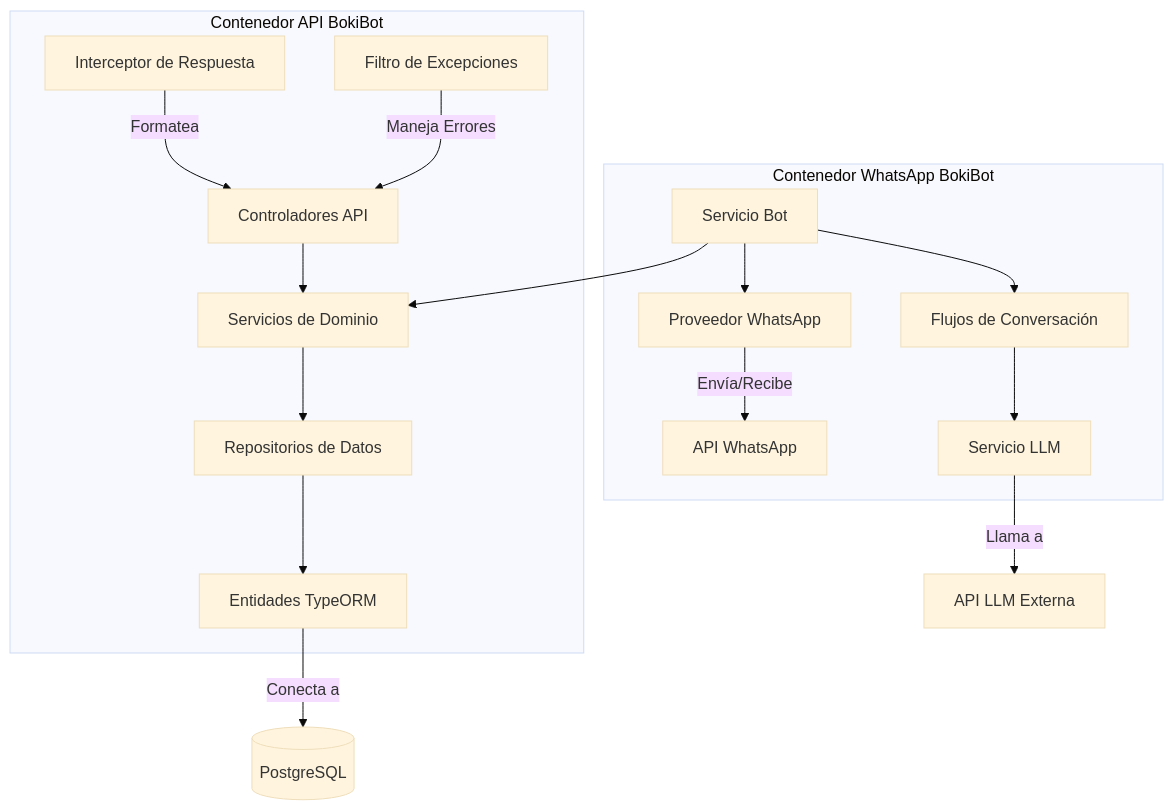
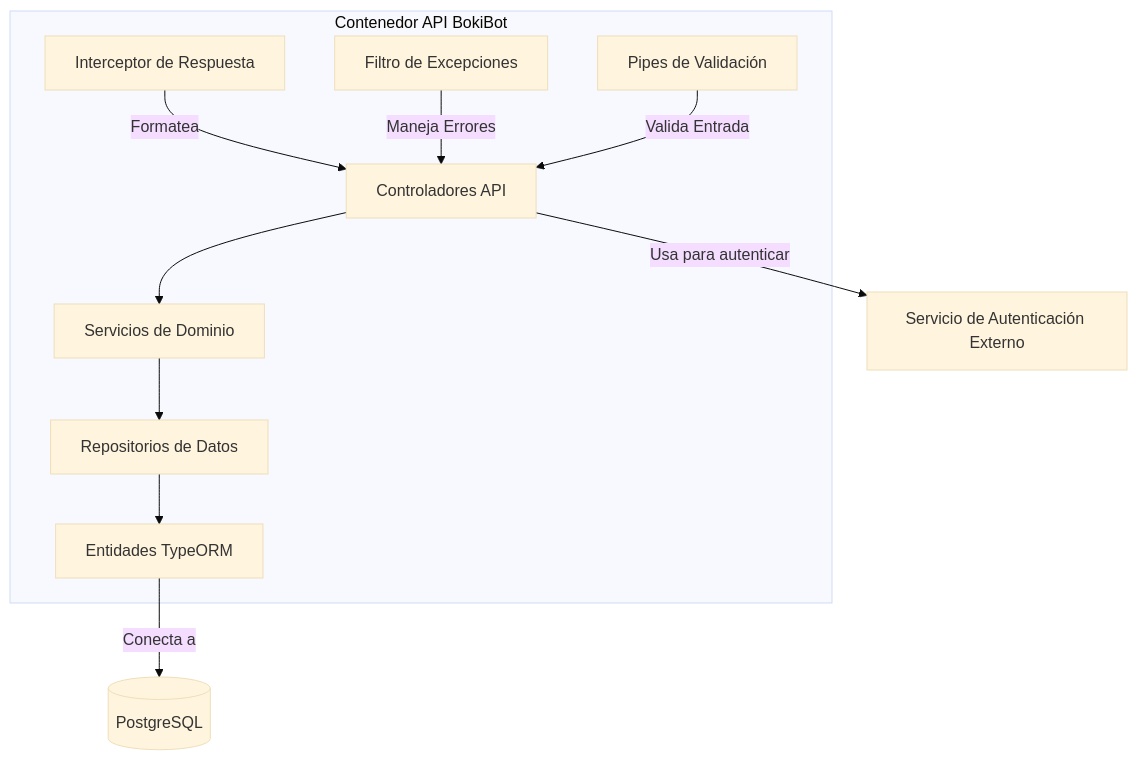
Before and after one commit to camilocalderont/boki-api: the second of 3 diagrams in README.md, drawn with Mermaid (base theme). The commit also changed other lines of this file, not shown here.

Commit message:
docs: actualizar README.md para reflejar cambios en la arquitectura de BokiBot API, incluyendo nuevos diagramas y detalles sobre la interacción con el frontend y servicios externos.

````diff
--- a/README.md
+++ b/README.md
@@ -26,21 +20,15 @@
 ```mermaid
 graph TD
     subgraph "Contenedor API BokiBot"
         Controllers[Controladores API] --> Services[Servicios de Dominio]
         Services --> Repositories[Repositorios de Datos]
         Interceptors[Interceptor de Respuesta] -->|Formatea| Controllers
         ExceptionFilter[Filtro de Excepciones] -->|Maneja Errores| Controllers
+        Pipes[Pipes de Validación] -->|Valida Entrada| Controllers
         Repositories --> DBAccess[Entidades TypeORM]
     end
 
-    subgraph "Contenedor WhatsApp BokiBot"
-        BotService[Servicio Bot] --> FlowTemplates[Flujos de Conversación]
-        BotService --> Provider[Proveedor WhatsApp]
-        BotService --> Services
-        Provider -->|Envía/Recibe| WhatsApp[API WhatsApp]
-        FlowTemplates --> LLMService[Servicio LLM]
-    end
-
     DBAccess -->|Conecta a| Database[(PostgreSQL)]
-    LLMService -->|Llama a| ExternalLLM[API LLM Externa]
+    AuthService[Servicio de Autenticación Externo]
+    Controllers -->|Usa para autenticar| AuthService
 ```
````
